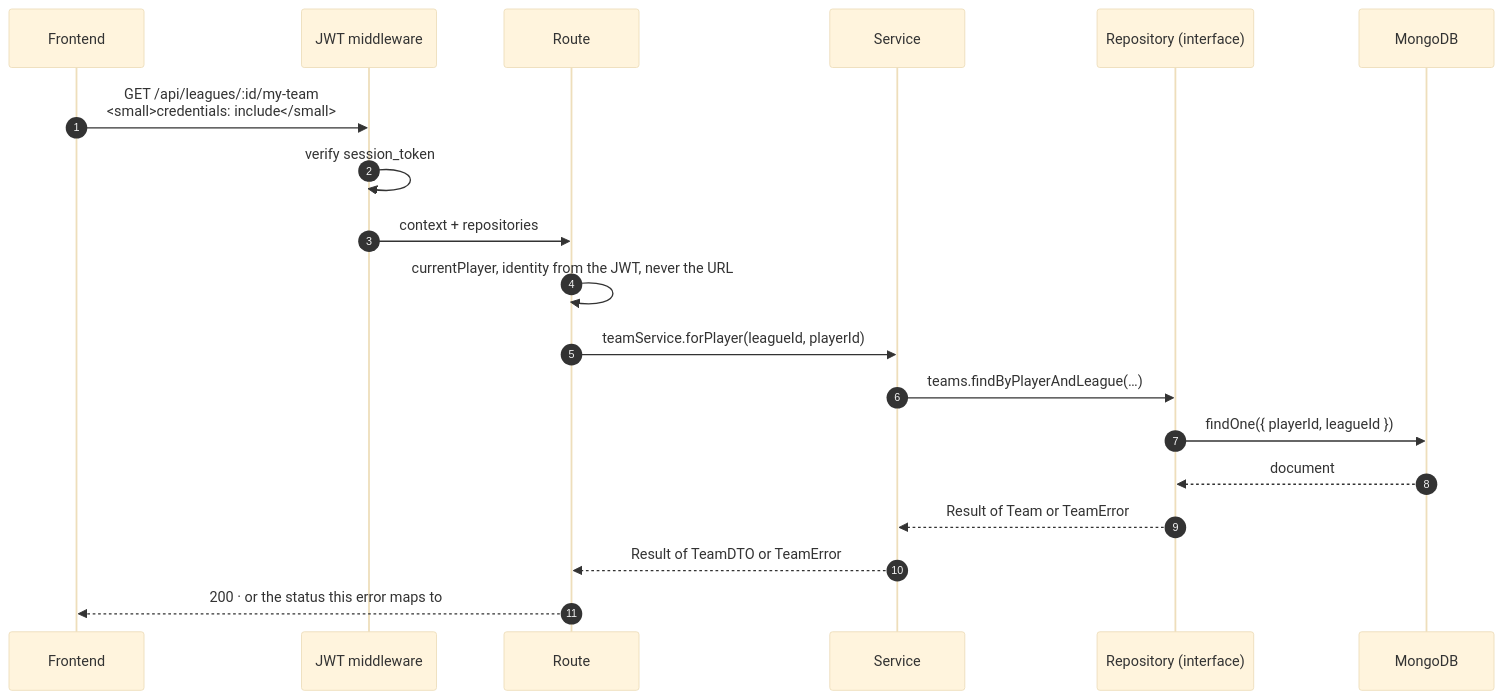
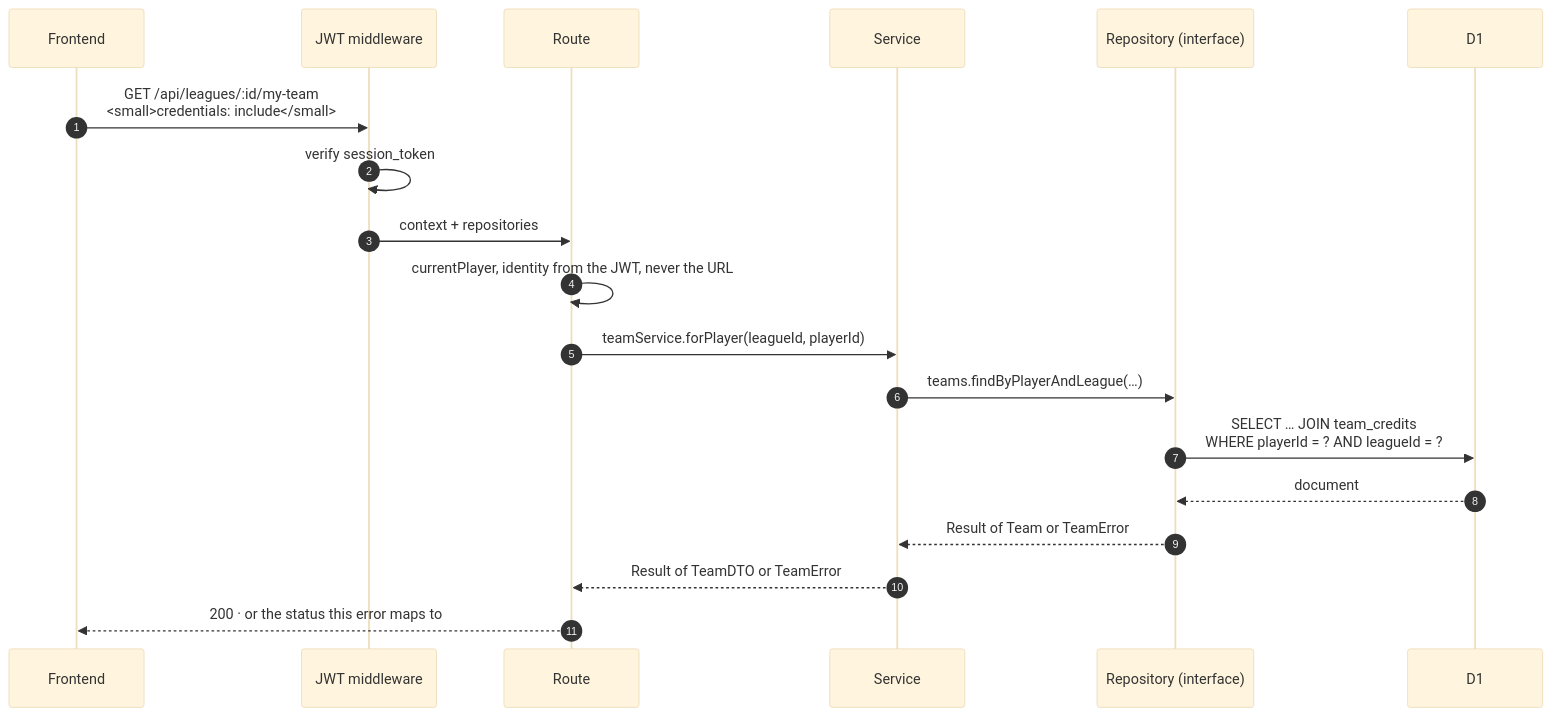
The second of 6 diagrams in docs/site/pages/architecture/data-flow.md (FantasyWiki/FantasyWiki), drawn with Mermaid (base theme) before and after one commit. The commit also changed other lines of this file and 30 other files, not shown here.

````diff
--- a/docs/site/pages/architecture/data-flow.md
+++ b/docs/site/pages/architecture/data-flow.md
@@ -67,22 +67,22 @@
 ```mermaid
 sequenceDiagram
   autonumber
   participant FE as Frontend
   participant MW as JWT middleware
   participant RT as Route
   participant SV as Service
   participant RP as Repository (interface)
-  participant DB as MongoDB
+  participant DB as D1
 
   FE->>MW: GET /api/leagues/:id/my-team<br/><small>credentials: include</small>
   MW->>MW: verify session_token
   MW->>RT: context + repositories
   RT->>RT: currentPlayer, identity from the JWT, never the URL
   RT->>SV: teamService.forPlayer(leagueId, playerId)
   SV->>RP: teams.findByPlayerAndLeague(…)
-  RP->>DB: findOne({ playerId, leagueId })
+  RP->>DB: SELECT … JOIN team_credits<br/>WHERE playerId = ? AND leagueId = ?
   DB-->>RP: document
   RP-->>SV: Result of Team or TeamError
   SV-->>RT: Result of TeamDTO or TeamError
   RT-->>FE: 200 · or the status this error maps to
 ```
````
